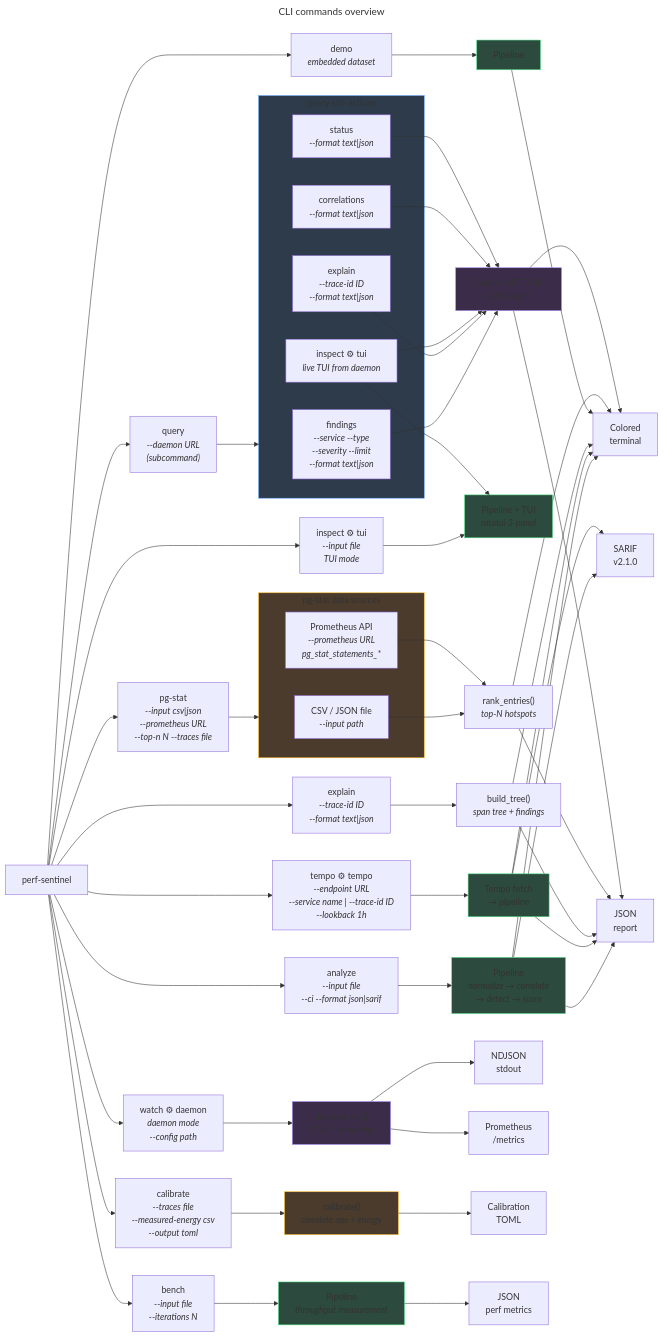
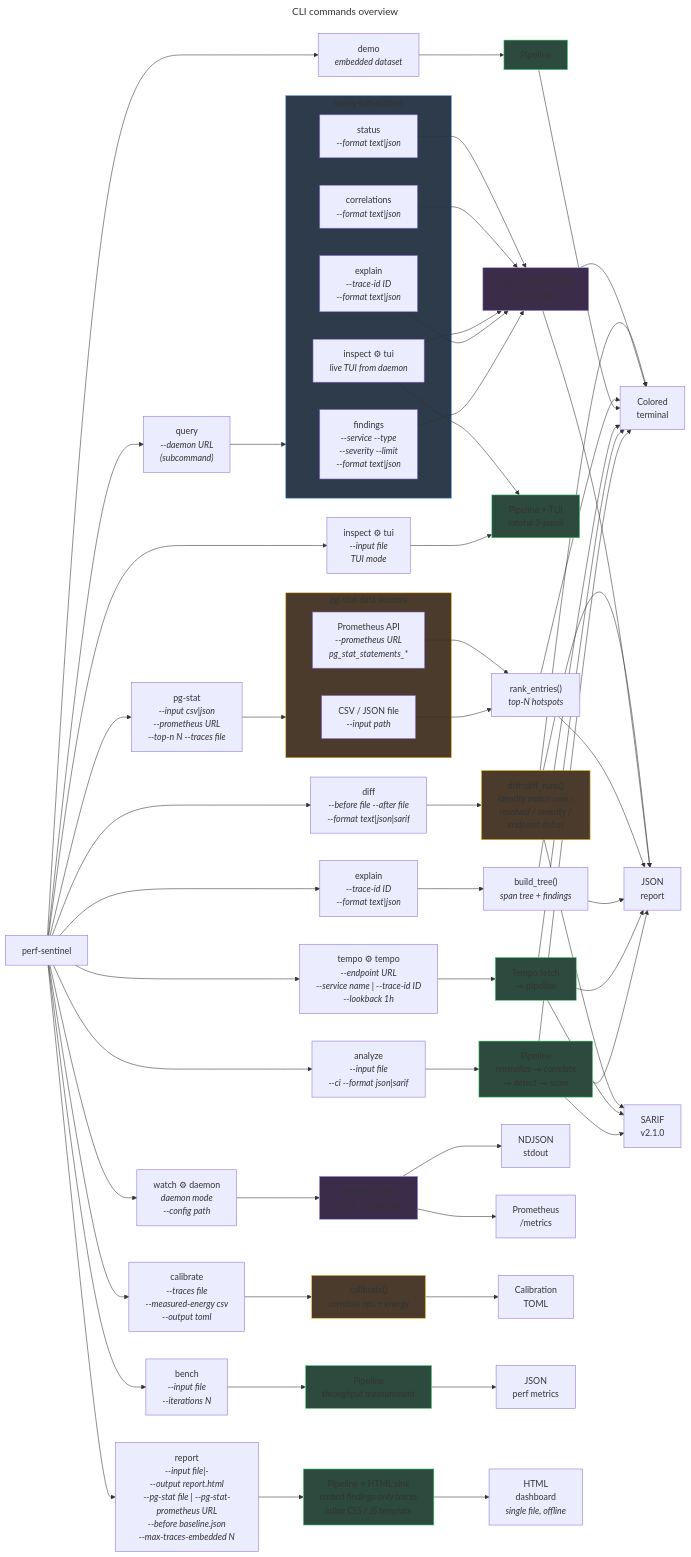
Before and after one commit to robintra/perf-sentinel: the diagram in docs/diagrams/mmd/cli-commands.mmd, drawn with Mermaid. The commit also changed 29 other files, not shown here.

```diff
--- a/docs/diagrams/mmd/cli-commands.mmd
+++ b/docs/diagrams/mmd/cli-commands.mmd
@@ -1,104 +1,119 @@
 ---
 title: CLI commands overview
 ---
 flowchart LR
     cli["perf-sentinel"]
 
     analyze["analyze<br/><i>--input file<br/>--ci --format json|sarif</i>"]
     explain["explain<br/><i>--trace-id ID<br/>--format text|json</i>"]
     inspect["inspect ⚙ tui<br/><i>--input file<br/>TUI mode</i>"]
     watch["watch ⚙ daemon<br/><i>daemon mode<br/>--config path</i>"]
     demo["demo<br/><i>embedded dataset</i>"]
     bench["bench<br/><i>--input file<br/>--iterations N</i>"]
     pgstat["pg-stat<br/><i>--input csv|json<br/>--prometheus URL<br/>--top-n N --traces file</i>"]
     tempo["tempo ⚙ tempo<br/><i>--endpoint URL<br/>--service name | --trace-id ID<br/>--lookback 1h</i>"]
     calibrate["calibrate<br/><i>--traces file<br/>--measured-energy csv<br/>--output toml</i>"]
     query["query<br/><i>--daemon URL<br/>(subcommand)</i>"]
+    report["report<br/><i>--input file|-<br/>--output report.html<br/>--pg-stat file | --pg-stat-prometheus URL<br/>--before baseline.json<br/>--max-traces-embedded N</i>"]
+    diff["diff<br/><i>--before file --after file<br/>--format text|json|sarif</i>"]
 
     analyze_pipeline["Pipeline<br/><i>normalize &rarr; correlate<br/>&rarr; detect &rarr; score</i>"]
     tempo_pipeline["Tempo fetch<br/>&rarr; pipeline"]
     inspect_pipeline["Pipeline + TUI<br/><i>ratatui 3-panel</i>"]
     demo_pipeline["Pipeline"]
     bench_pipeline["Pipeline<br/><i>throughput measurement</i>"]
+    report_pipeline["Pipeline + HTML sink<br/><i>embed findings-only traces<br/>inline CSS / JS template</i>"]
+    diff_engine["diff::diff_runs()<br/><i>identity match new /<br/>resolved / severity /<br/>endpoint deltas</i>"]
     tree["build_tree()<br/><i>span tree + findings</i>"]
     daemon["daemon::run()<br/><i>OTLP + streaming</i>"]
     ranking["rank_entries()<br/><i>top-N hotspots</i>"]
     cal_engine["calibrate()<br/><i>correlate ops + energy</i>"]
 
     subgraph pgstat_sources["pg-stat data sources"]
         pg_file["CSV / JSON file<br/><i>--input path</i>"]
         pg_prom["Prometheus API<br/><i>--prometheus URL<br/>pg_stat_statements_*</i>"]
     end
 
     subgraph query_actions["query sub-actions"]
         q_findings["findings<br/><i>--service --type<br/>--severity --limit<br/>--format text|json</i>"]
         q_explain["explain<br/><i>--trace-id ID<br/>--format text|json</i>"]
         q_inspect["inspect ⚙ tui<br/><i>live TUI from daemon</i>"]
         q_correlations["correlations<br/><i>--format text|json</i>"]
         q_status["status<br/><i>--format text|json</i>"]
     end
 
     daemon_api["Daemon HTTP API<br/><i>:4318 /api/*</i>"]
 
     report_text["Colored<br/>terminal"]
     report_json["JSON<br/>report"]
     report_sarif["SARIF<br/>v2.1.0"]
     report_ndjson["NDJSON<br/>stdout"]
     report_metrics["Prometheus<br/>/metrics"]
     report_toml["Calibration<br/>TOML"]
     report_bench["JSON<br/>perf metrics"]
+    report_html["HTML<br/>dashboard<br/><i>single file, offline</i>"]
 
-    cli --> analyze & explain & inspect & watch & demo & bench & pgstat & tempo & calibrate & query
+    cli --> analyze & explain & inspect & watch & demo & bench & pgstat & tempo & calibrate & query & report & diff
 
     analyze --> analyze_pipeline
     analyze_pipeline --> report_text
     analyze_pipeline --> report_json
     analyze_pipeline --> report_sarif
 
     tempo --> tempo_pipeline
     tempo_pipeline --> report_text
     tempo_pipeline --> report_json
     tempo_pipeline --> report_sarif
 
     explain --> tree
     tree --> report_text
     tree --> report_json
 
     inspect --> inspect_pipeline
 
     watch --> daemon
     daemon --> report_ndjson
     daemon --> report_metrics
 
     demo --> demo_pipeline --> report_text
 
     bench --> bench_pipeline --> report_bench
 
     pgstat --> pgstat_sources
     pg_file --> ranking
     pg_prom --> ranking
     ranking --> report_text
     ranking --> report_json
 
     calibrate --> cal_engine --> report_toml
 
     query --> query_actions
     q_findings --> daemon_api
     q_explain --> daemon_api
     q_inspect --> daemon_api
     q_correlations --> daemon_api
     q_status --> daemon_api
     daemon_api --> report_text
     daemon_api --> report_json
     q_inspect --> inspect_pipeline
 
+    report --> report_pipeline
+    report_pipeline --> report_html
+
+    diff --> diff_engine
+    diff_engine --> report_text
+    diff_engine --> report_json
+    diff_engine --> report_sarif
+
     style analyze_pipeline fill:#2d4a3e,stroke:#4ade80
     style tempo_pipeline fill:#2d4a3e,stroke:#4ade80
     style demo_pipeline fill:#2d4a3e,stroke:#4ade80
     style bench_pipeline fill:#2d4a3e,stroke:#4ade80
     style inspect_pipeline fill:#2d4a3e,stroke:#4ade80
+    style report_pipeline fill:#2d4a3e,stroke:#4ade80
+    style diff_engine fill:#4a3b2d,stroke:#fbbf24
     style cal_engine fill:#4a3b2d,stroke:#fbbf24
     style daemon fill:#3b2d4a,stroke:#a78bfa
     style query_actions fill:#2d3b4a,stroke:#60a5fa
     style pgstat_sources fill:#4a3b2d,stroke:#fbbf24
     style daemon_api fill:#3b2d4a,stroke:#a78bfa
```
